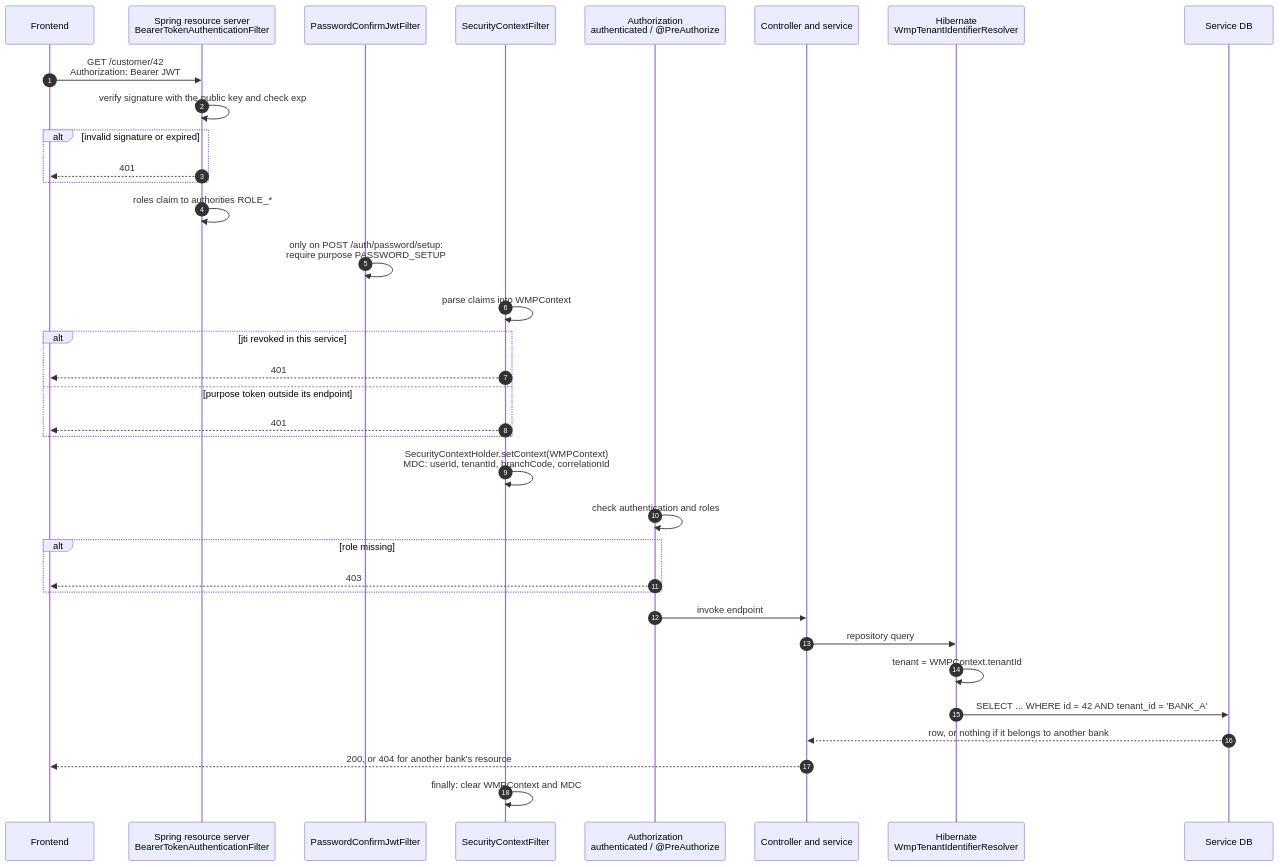
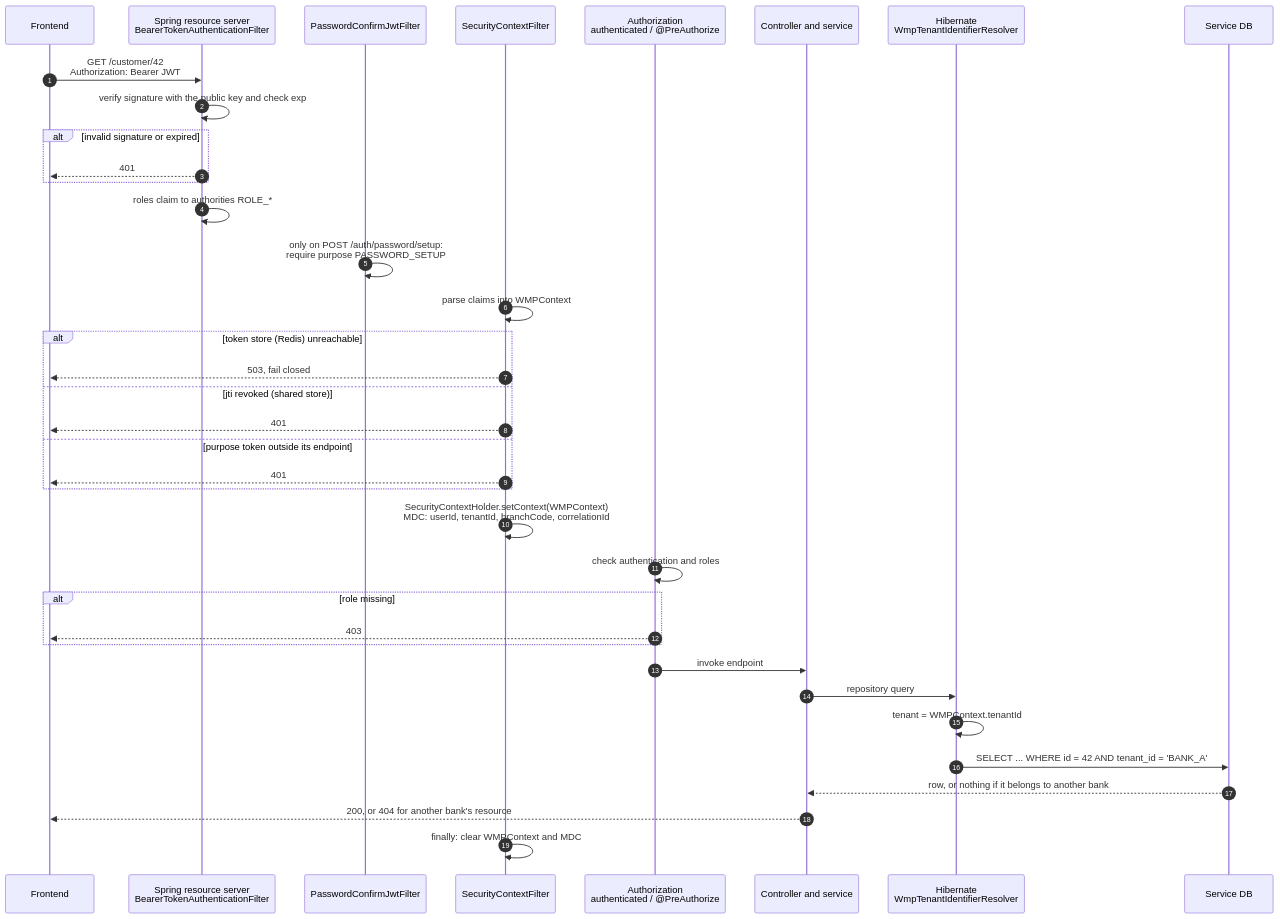
Before and after one commit to RaffSStein/Wealth-Management-Platform-BE: the third of 7 diagrams in docs/domain/process/security/jwt-authentication.md, drawn with Mermaid. The commit also changed other lines of this file and 3 other files, not shown here.

Commit message:
docs(security): document the shared revocation store

````diff
--- a/docs/domain/process/security/jwt-authentication.md
+++ b/docs/domain/process/security/jwt-authentication.md
@@ -131,38 +131,40 @@
 ```mermaid
 sequenceDiagram
     autonumber
     participant FE as Frontend
     participant RS as Spring resource server<br/>BearerTokenAuthenticationFilter
     participant PC as PasswordConfirmJwtFilter
     participant SC as SecurityContextFilter
     participant AZ as Authorization<br/>authenticated / @PreAuthorize
     participant CT as Controller and service
     participant HB as Hibernate<br/>WmpTenantIdentifierResolver
     participant DB as Service DB
 
     FE->>RS: GET /customer/42<br/>Authorization: Bearer JWT
     RS->>RS: verify signature with the public key and check exp
     alt invalid signature or expired
         RS-->>FE: 401
     end
     RS->>RS: roles claim to authorities ROLE_*
     PC->>PC: only on POST /auth/password/setup:<br/>require purpose PASSWORD_SETUP
     SC->>SC: parse claims into WMPContext
-    alt jti revoked in this service
+    alt token store (Redis) unreachable
+        SC-->>FE: 503, fail closed
+    else jti revoked (shared store)
         SC-->>FE: 401
     else purpose token outside its endpoint
         SC-->>FE: 401
     end
     SC->>SC: SecurityContextHolder.setContext(WMPContext)<br/>MDC: userId, tenantId, branchCode, correlationId
     AZ->>AZ: check authentication and roles
     alt role missing
         AZ-->>FE: 403
     end
     AZ->>CT: invoke endpoint
     CT->>HB: repository query
     HB->>HB: tenant = WMPContext.tenantId
     HB->>DB: SELECT ... WHERE id = 42 AND tenant_id = 'BANK_A'
     DB-->>CT: row, or nothing if it belongs to another bank
     CT-->>FE: 200, or 404 for another bank's resource
     SC->>SC: finally: clear WMPContext and MDC
 ```
````
